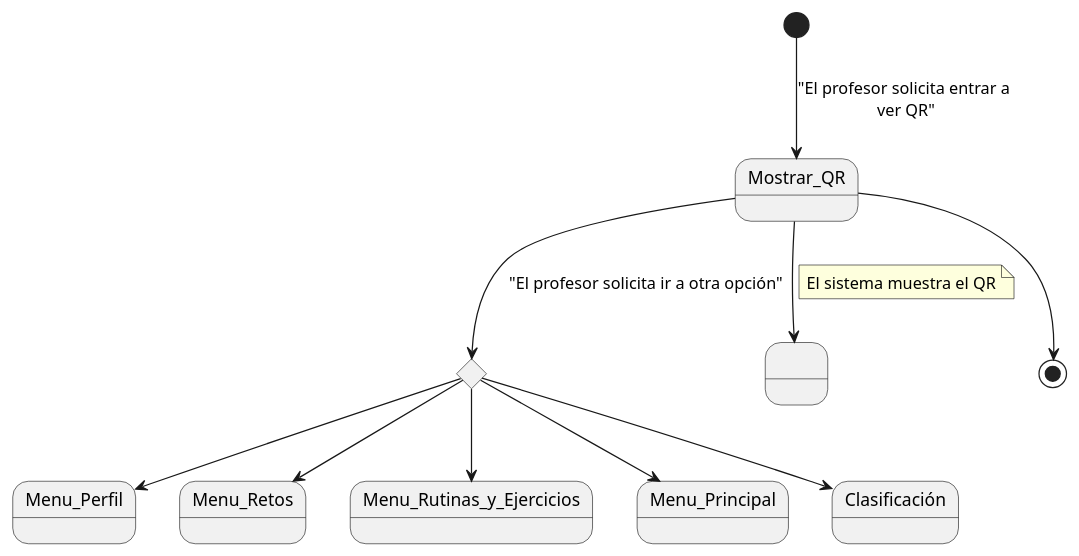
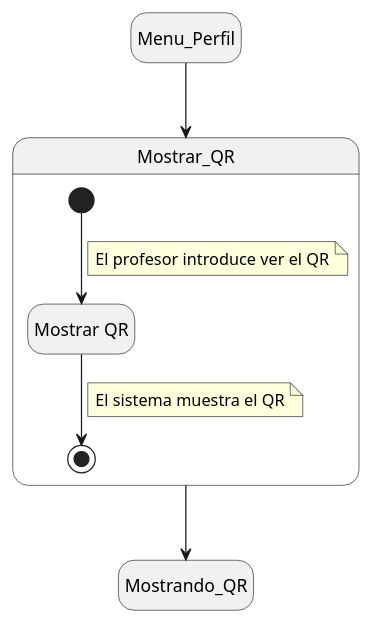
Before and after one commit to mmasias/24-25-IdSw1-SDR: the diagram in Documentos/DetallarCasosDeUso/Profesor/Mostrar_QR.puml, drawn with PlantUML. The commit also changed 1 other file, not shown here.

Commit message:
Mostrar QR

```diff
--- a/Documentos/DetallarCasosDeUso/Profesor/Mostrar_QR.puml
+++ b/Documentos/DetallarCasosDeUso/Profesor/Mostrar_QR.puml
@@ -1,29 +1,22 @@
-@startuml
-state Mostrar_QR
-state rombo1 <<choice>>
+@startuml Mostrar_QR
+
+hide empty description
 
 state Menu_Perfil
-state Menu_Retos
-state Menu_Rutinas_y_Ejercicios
-state Menu_Principal
-state Clasificación
+state Mostrando_QR
+state Mostrar_QR{
+    state Mostrar as "Mostrar QR"
+    [*] --> Mostrar
+    note on link
+        El profesor introduce ver el QR
+    end note
+    Mostrar --> [*]
+    note on link
+        El sistema muestra el QR
+    end note
+}
 
-[*] --> Mostrar_QR : "El profesor solicita entrar a\n ver QR"
+Menu_Perfil --> Mostrar_QR
+Mostrar_QR --> Mostrando_QR
 
-state " " as Estado1 
-
-Mostrar_QR --> Estado1 
-note on link
-El sistema muestra el QR
-end note
-
-
-
-Mostrar_QR --> rombo1 : "El profesor solicita ir a otra opción"
-rombo1 --> Menu_Perfil
-rombo1 --> Menu_Retos
-rombo1 --> Menu_Rutinas_y_Ejercicios
-rombo1 --> Menu_Principal
-rombo1 --> Clasificación
-Mostrar_QR-->[*]
 @enduml
```
